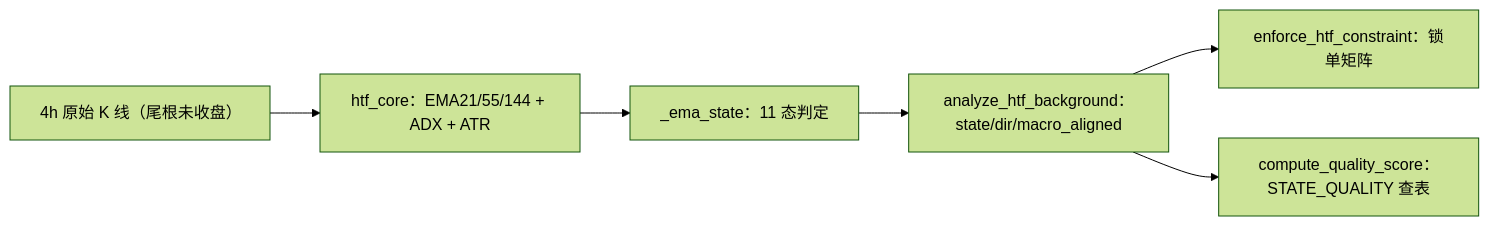
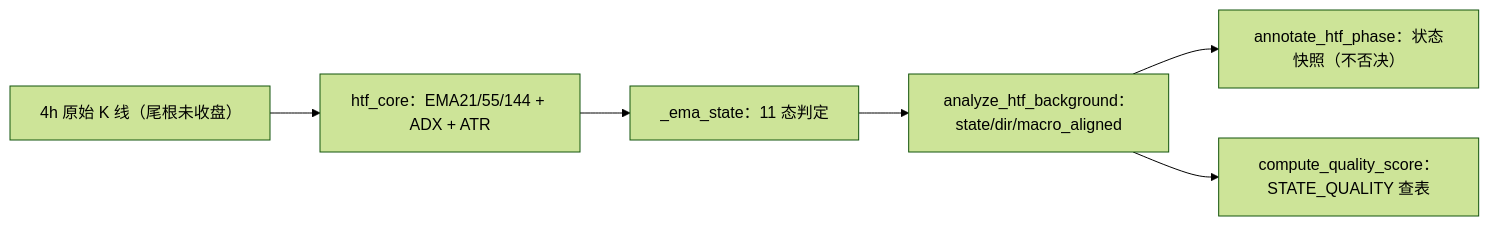
The third of 4 diagrams in docs/信号与形态/13-4H背景排列强度判定.md (wwei-github/trading-workbench), drawn with Mermaid (forest theme) before and after one commit. The commit also changed other lines of this file and 24 other files, not shown here.

````diff
--- a/docs/信号与形态/13-4H背景排列强度判定.md
+++ b/docs/信号与形态/13-4H背景排列强度判定.md
@@ -220,8 +228,8 @@
 ```mermaid
 flowchart LR
     HK["4h 原始 K 线（尾根未收盘）"] --> HC["htf_core：EMA21/55/144 + ADX + ATR"]
     HC --> ES["_ema_state：11 态判定"]
     ES --> AH["analyze_htf_background：state/dir/macro_aligned"]
-    AH --> EC["enforce_htf_constraint：锁单矩阵"]
+    AH --> EC["annotate_htf_phase：状态快照（不否决）"]
     AH --> QS["compute_quality_score：STATE_QUALITY 查表"]
 ```
````
